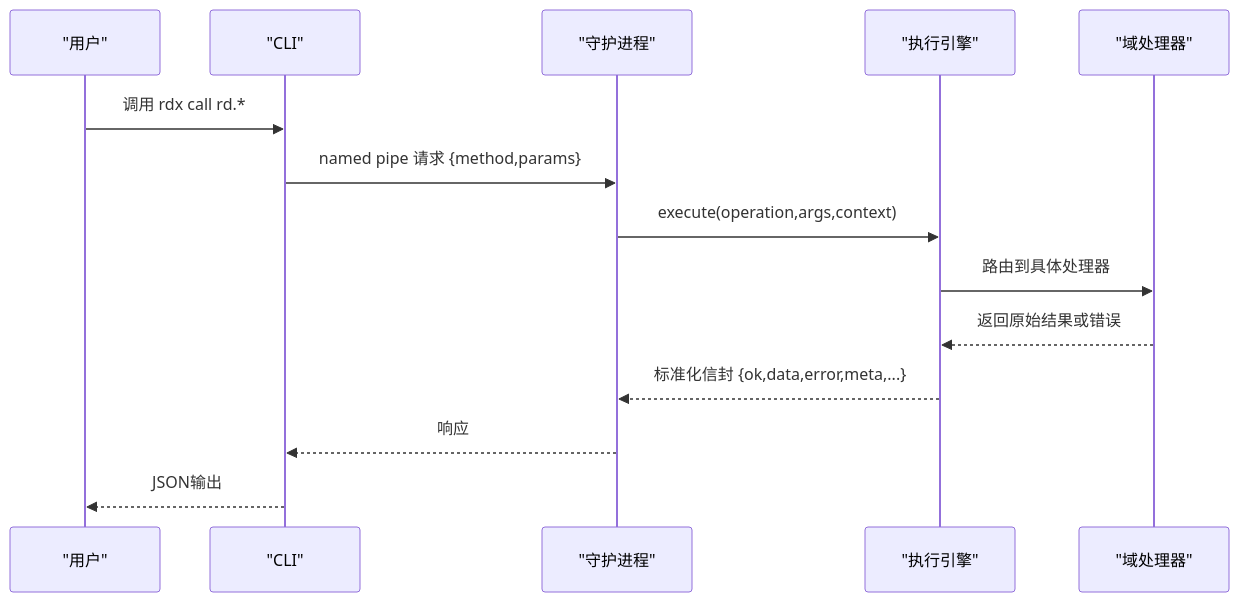
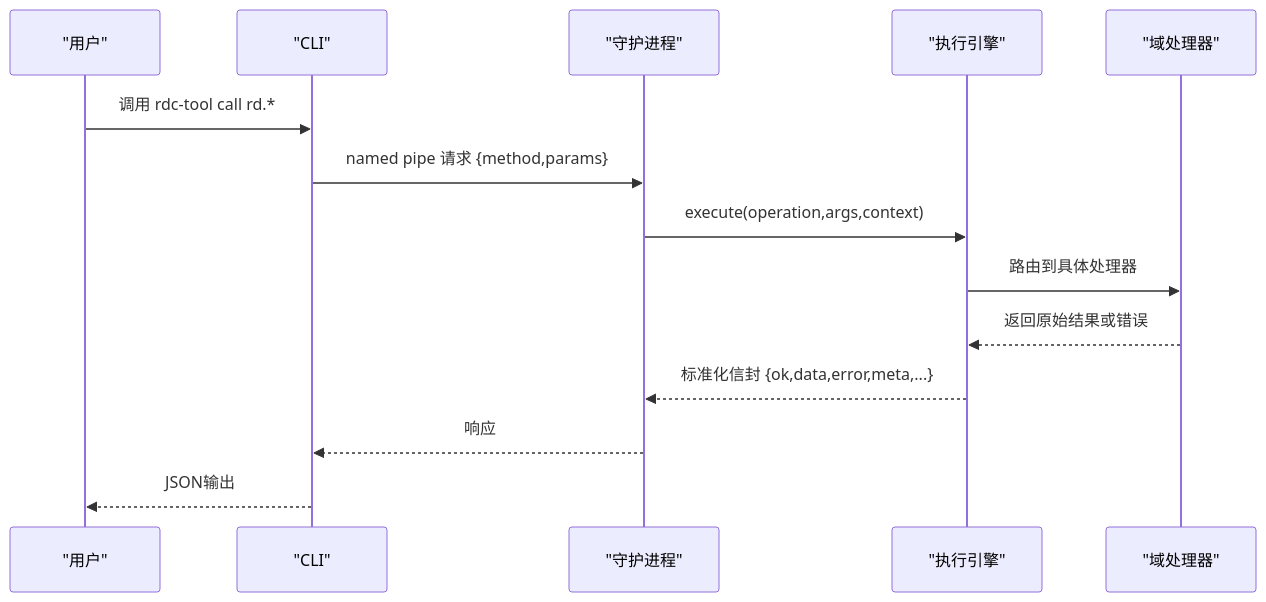
The second of 3 diagrams in .qoder/repowiki/zh/content/API规范/API规范.md (haolange/RDC-Tool), drawn with Mermaid before and after one commit. The commit also changed other lines of this file and 388 other files, not shown here.

First line of the commit message:
Release RDC-Tool identity and public maintenance surface

````diff
--- a/.qoder/repowiki/zh/content/API规范/API规范.md
+++ b/.qoder/repowiki/zh/content/API规范/API规范.md
@@ -94,16 +94,16 @@
 ```mermaid
 sequenceDiagram
 participant U as "用户"
 participant C as "CLI"
 participant D as "守护进程"
 participant E as "执行引擎"
 participant H as "域处理器"
-U->>C : 调用 rdx call rd.*
+U->>C : 调用 rdc-tool call rd.*
 C->>D : named pipe 请求 {method,params}
 D->>E : execute(operation,args,context)
 E->>H : 路由到具体处理器
 H-->>E : 返回原始结果或错误
 E-->>D : 标准化信封 {ok,data,error,meta,...}
 D-->>C : 响应
 C-->>U : JSON输出
 ```
````
